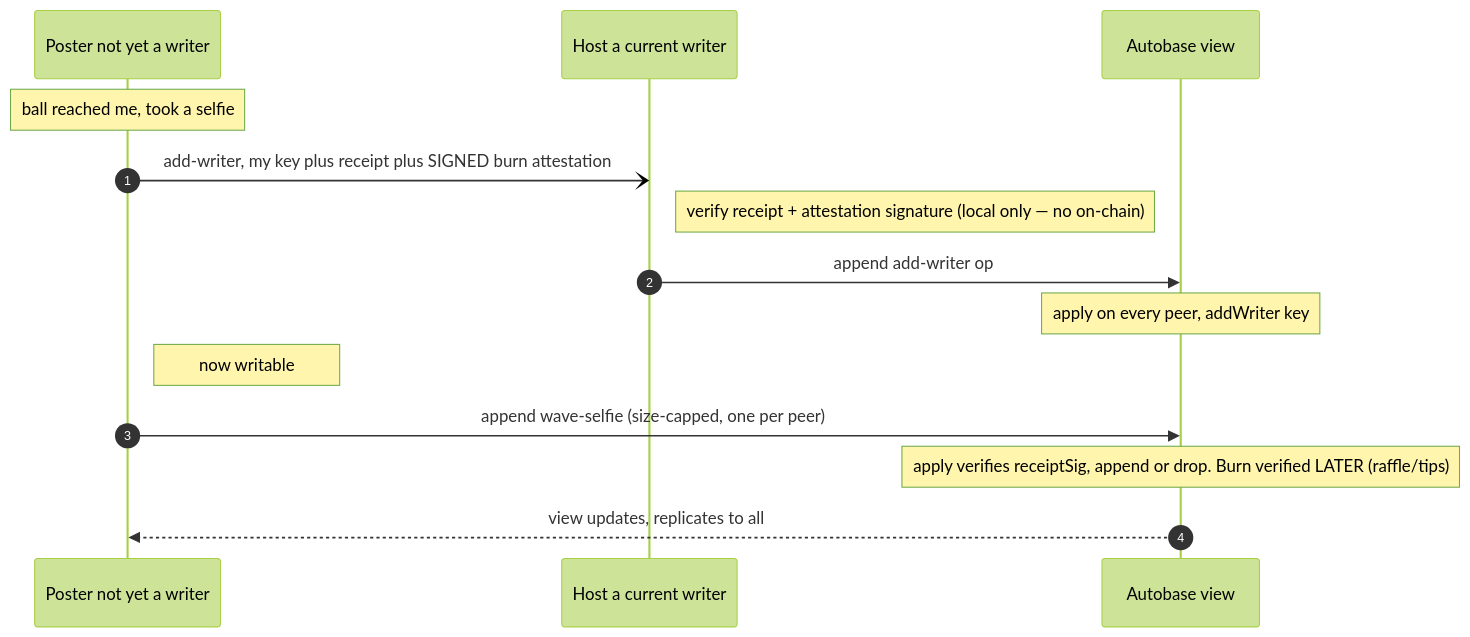
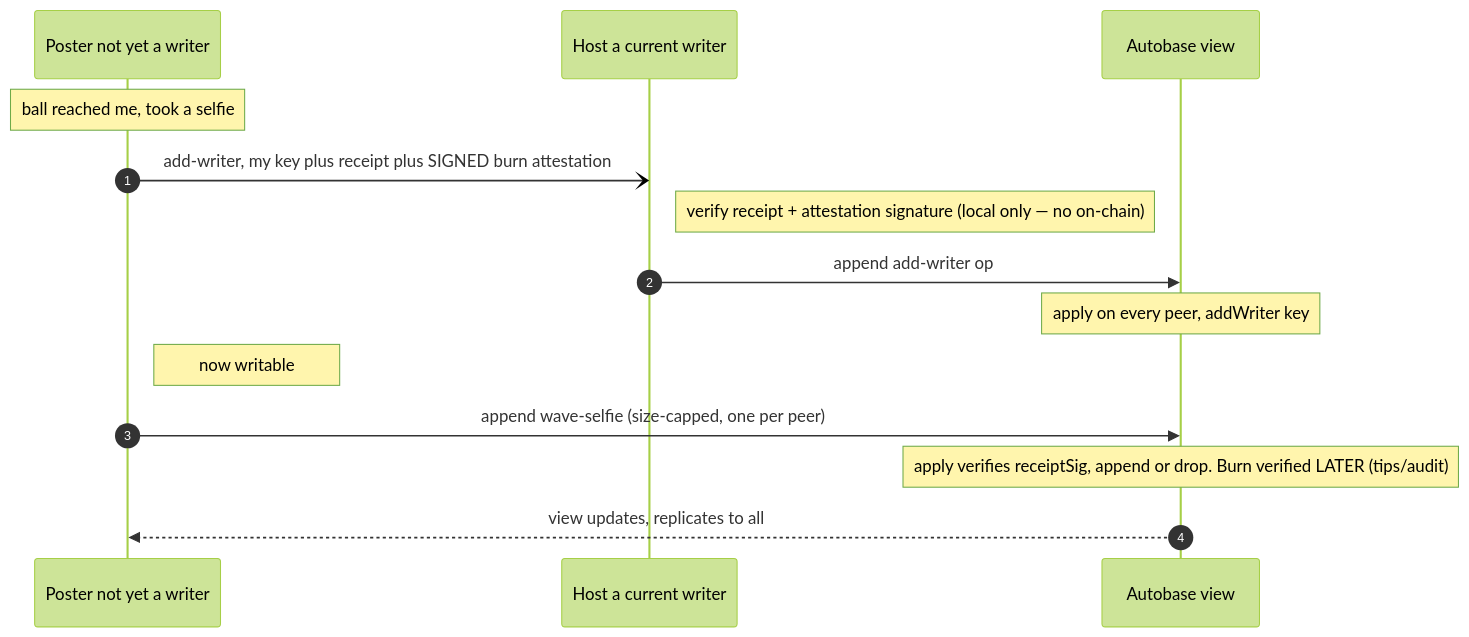
The seventh of 7 diagrams in docs/protocol.md (mnaamani/hyper-wave), drawn with Mermaid (forest theme) before and after one commit. The commit also changed other lines of this file and 29 other files, not shown here.

````diff
--- a/docs/protocol.md
+++ b/docs/protocol.md
@@ -731,16 +724,16 @@
 ```mermaid
 sequenceDiagram
   autonumber
   participant P as Poster not yet a writer
   participant H as Host a current writer
   participant AB as Autobase view
   Note over P: ball reached me, took a selfie
   P-)H: add-writer, my key plus receipt plus SIGNED burn attestation
   Note right of H: verify receipt + attestation signature (local only — no on-chain)
   H->>AB: append add-writer op
   Note over AB: apply on every peer, addWriter key
   Note right of P: now writable
   P->>AB: append wave-selfie (size-capped, one per peer)
-  Note over AB: apply verifies receiptSig, append or drop.  Burn verified LATER (raffle/tips)
+  Note over AB: apply verifies receiptSig, append or drop.  Burn verified LATER (tips/audit)
   AB-->>P: view updates, replicates to all
 ```
````
